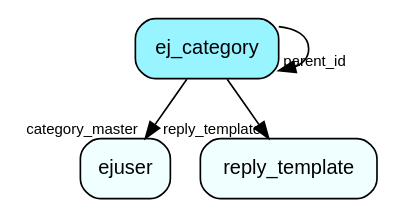
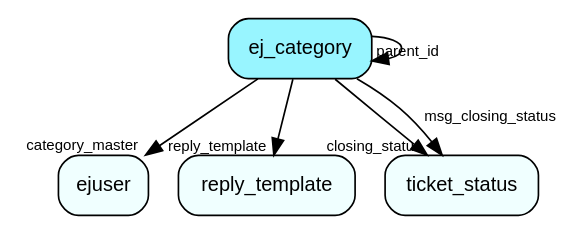
Before and after one commit to SuperOfficeDocs/superoffice-docs: the diagram in docs/database/tables/media/ej_category.dot, drawn with Graphviz. The commit also changed 688 other files, not shown here.

```diff
--- a/docs/database/tables/media/ej_category.dot
+++ b/docs/database/tables/media/ej_category.dot
@@ -1,11 +1,14 @@
 digraph ej_category  {
 node [shape = box style="rounded, filled" fontname = "Helvetica" fontsize = "12" ]
 edge [fontname = "Helvetica" fontsize = "9"]
 
 ej_category[fillcolor = "cadetblue1"]
 ejuser[fillcolor = "azure1"]
 reply_template[fillcolor = "azure1"]
+ticket_status[fillcolor = "azure1"]
 ej_category -> ej_category [headlabel = "parent_id"]
 ej_category -> ejuser [headlabel = "category_master"]
 ej_category -> reply_template [headlabel = "reply_template"]
+ej_category -> ticket_status [headlabel = "closing_status"]
+ej_category -> ticket_status [label = "msg_closing_status"]
 }
```
